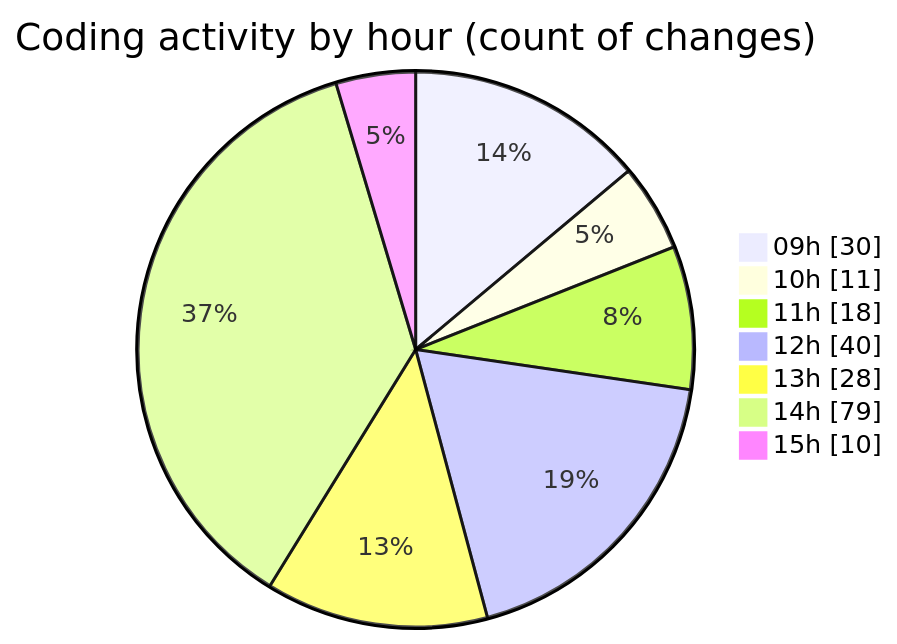
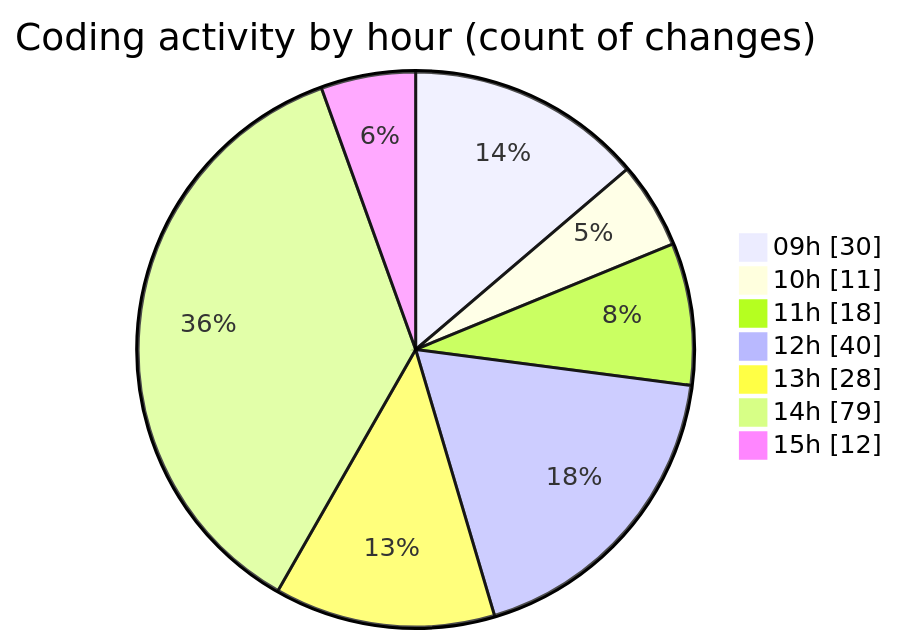
One commit to momahboobian/code-tracking changed the second of 2 diagrams in 2025-03-05/cda/README.md. Above: the diagram before and after it, drawn with Mermaid. The commit also changed other lines of this file and 1 other file, not shown here.

````diff
--- a/2025-03-05/cda/README.md
+++ b/2025-03-05/cda/README.md
@@ -59,11 +60,11 @@
 ```mermaid
 pie showData
 title Coding activity by hour (count of changes)
 "09h" : 30
 "10h" : 11
 "11h" : 18
 "12h" : 40
 "13h" : 28
 "14h" : 79
-"15h" : 10
+"15h" : 12
 ```
````
